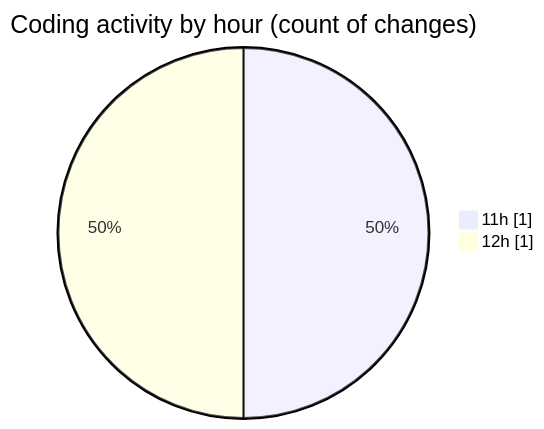
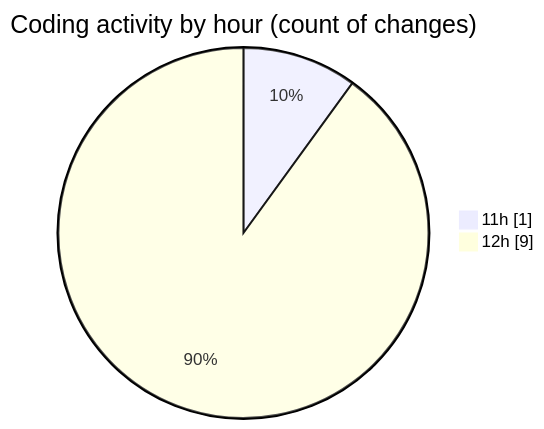
The second of 2 diagrams in 2026-05-07/cilapp/README.md (ricardozamudiocil/code-tracking), drawn with Mermaid before and after one commit. The commit also changed other lines of this file and 1 other file, not shown here.

````diff
--- a/2026-05-07/cilapp/README.md
+++ b/2026-05-07/cilapp/README.md
@@ -28,6 +30,6 @@
 ```mermaid
 pie showData
 title Coding activity by hour (count of changes)
 "11h" : 1
-"12h" : 1
+"12h" : 9
 ```
````
